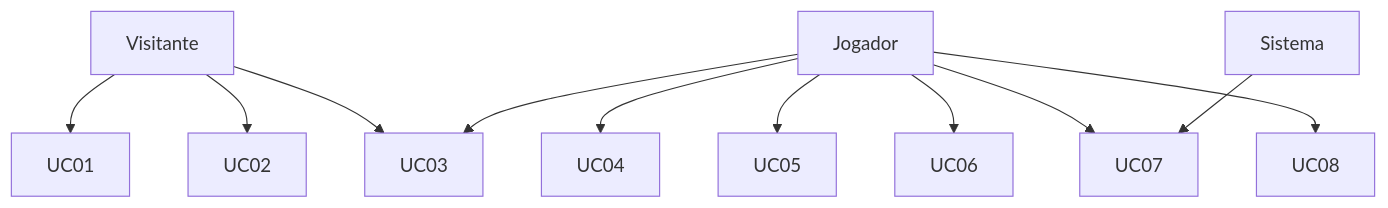
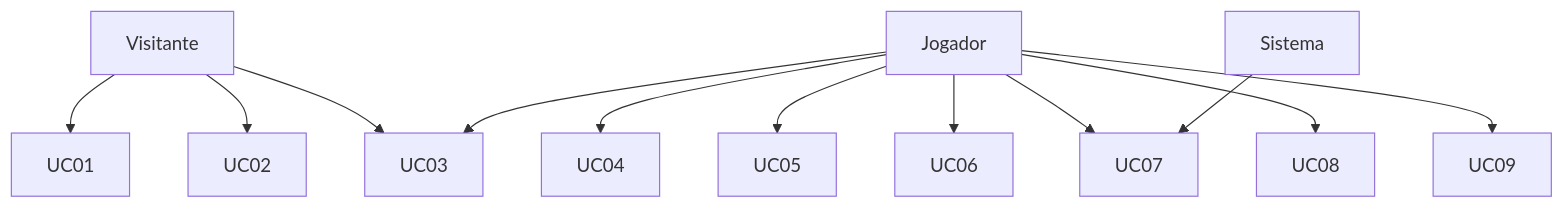
Before and after one commit to ViViJp/jogo-projeto-topicos-especiais: the diagram in isn/docs/sprint1/04-casos-de-uso.md, drawn with Mermaid. The commit also changed other lines of this file and 8 other files, not shown here.

First line of the commit message:
docs(isn): implante obrigatório e multiplayer nos diagramas

````diff
--- a/isn/docs/sprint1/04-casos-de-uso.md
+++ b/isn/docs/sprint1/04-casos-de-uso.md
@@ -134,17 +150,18 @@
 ```mermaid
 flowchart TB
   visitante[Visitante]
   jogador[Jogador]
   sistema[Sistema]
 
   visitante --> UC01
   visitante --> UC02
   visitante --> UC03
   jogador --> UC03
   jogador --> UC04
   jogador --> UC05
   jogador --> UC06
   jogador --> UC07
   jogador --> UC08
+  jogador --> UC09
   sistema --> UC07
 ```
````
